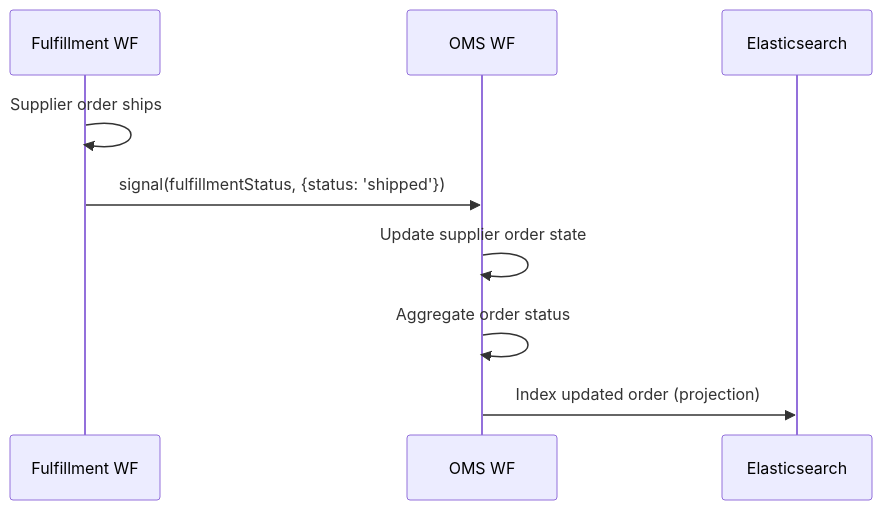
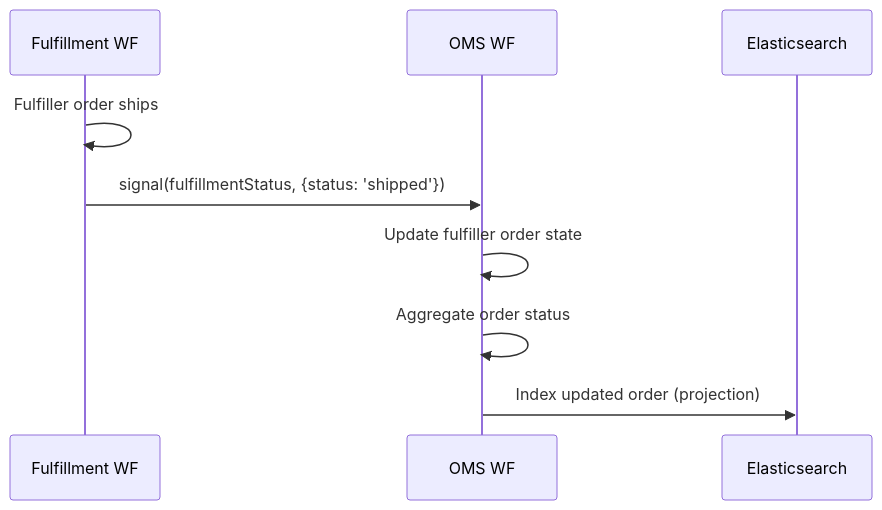
Before and after one commit to night-heron-software/temporal-commerce-demo: the second of 2 diagrams in docs/presentation-script.md, drawn with Mermaid. The commit also changed other lines of this file and 16 other files, not shown here.

````diff
--- a/docs/presentation-script.md
+++ b/docs/presentation-script.md
@@ -286,12 +286,12 @@
 ```mermaid
 sequenceDiagram
     participant F as Fulfillment WF
     participant O as OMS WF
     participant ES as Elasticsearch
 
-    F->>F: Supplier order ships
+    F->>F: Fulfiller order ships
     F->>O: signal(fulfillmentStatus, {status: 'shipped'})
-    O->>O: Update supplier order state
+    O->>O: Update fulfiller order state
     O->>O: Aggregate order status
     O->>ES: Index updated order (projection)
 ```
````
